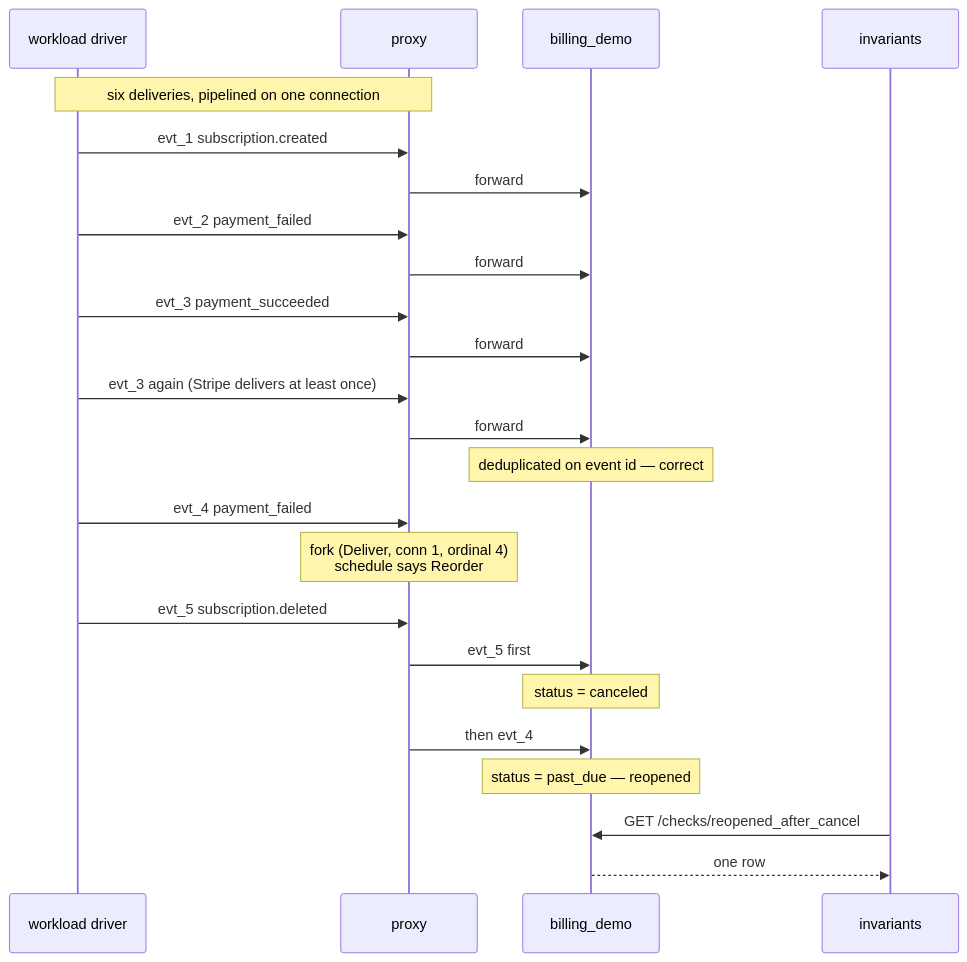
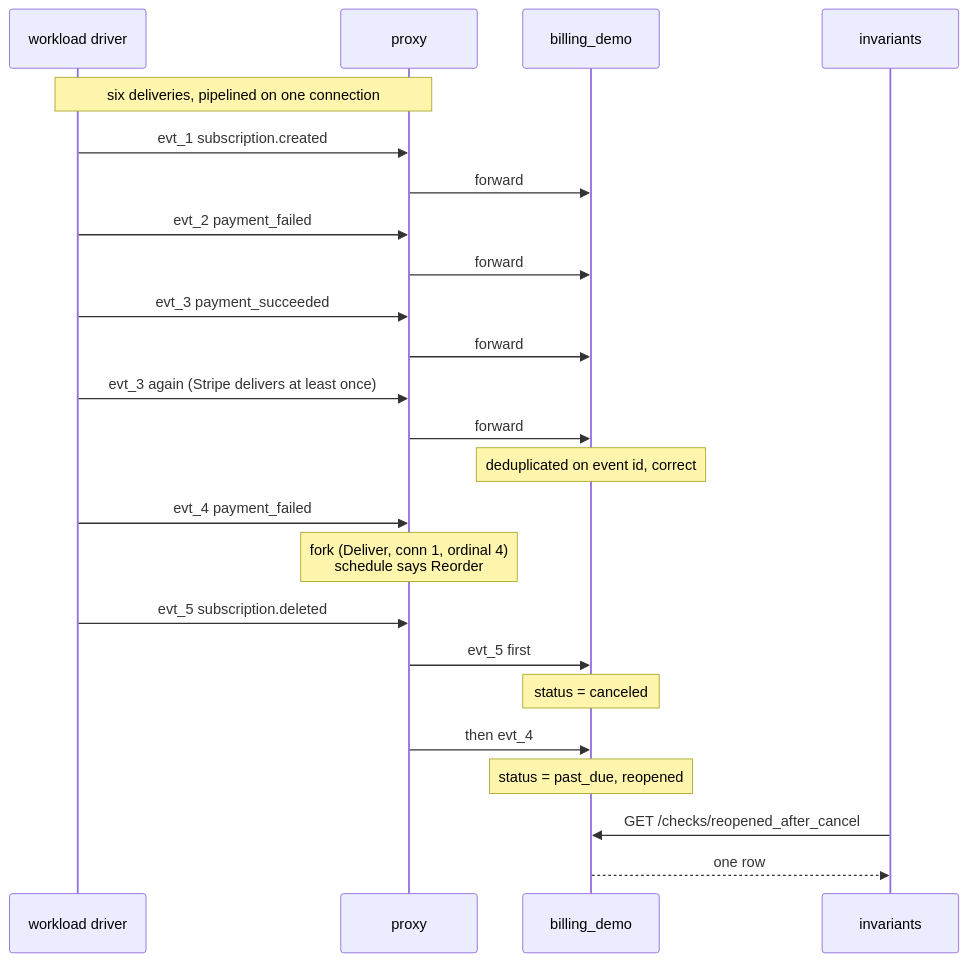
The eighth of 9 diagrams in docs/ARCHITECTURE.md (anthid-labs/misorder), drawn with Mermaid before and after one commit. The commit also changed other lines of this file and 20 other files, not shown here.

````diff
--- a/docs/ARCHITECTURE.md
+++ b/docs/ARCHITECTURE.md
@@ -289,27 +289,27 @@
 ```mermaid
 sequenceDiagram
     participant D as workload driver
     participant P as proxy
     participant S as billing_demo
     participant C as invariants
 
     Note over D,P: six deliveries, pipelined on one connection
     D->>P: evt_1 subscription.created
     P->>S: forward
     D->>P: evt_2 payment_failed
     P->>S: forward
     D->>P: evt_3 payment_succeeded
     P->>S: forward
     D->>P: evt_3 again (Stripe delivers at least once)
     P->>S: forward
-    Note over S: deduplicated on event id — correct
+    Note over S: deduplicated on event id, correct
     D->>P: evt_4 payment_failed
     Note over P: fork (Deliver, conn 1, ordinal 4)<br/>schedule says Reorder
     D->>P: evt_5 subscription.deleted
     P->>S: evt_5 first
     Note over S: status = canceled
     P->>S: then evt_4
-    Note over S: status = past_due — reopened
+    Note over S: status = past_due, reopened
     C->>S: GET /checks/reopened_after_cancel
     S-->>C: one row
 ```
````
